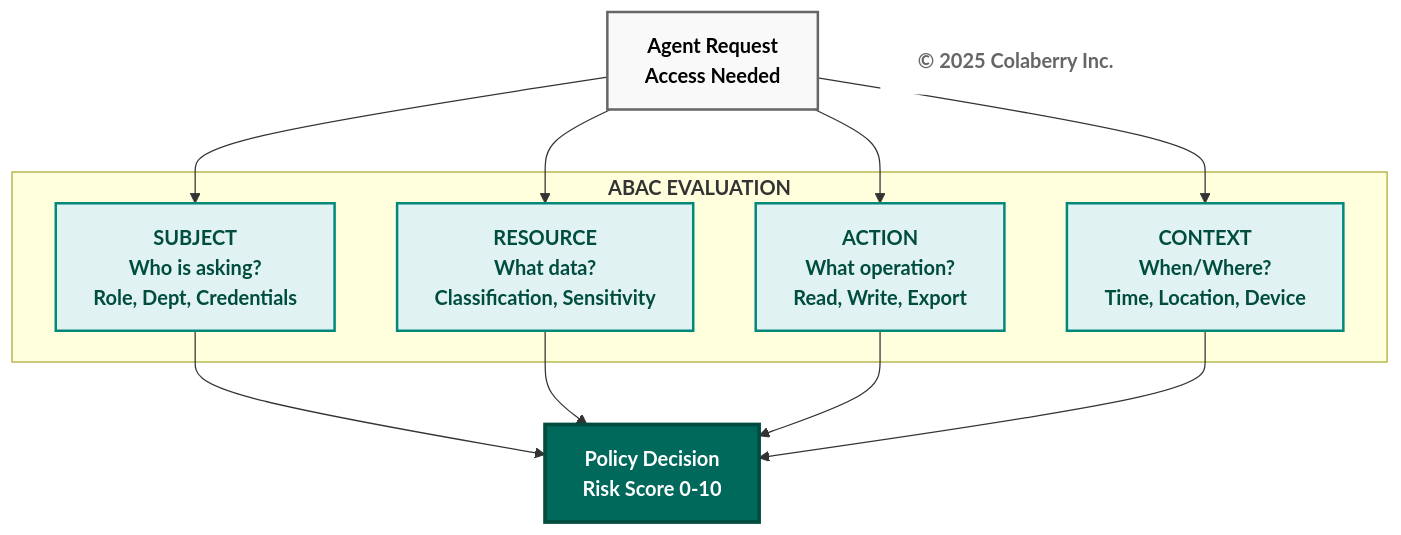
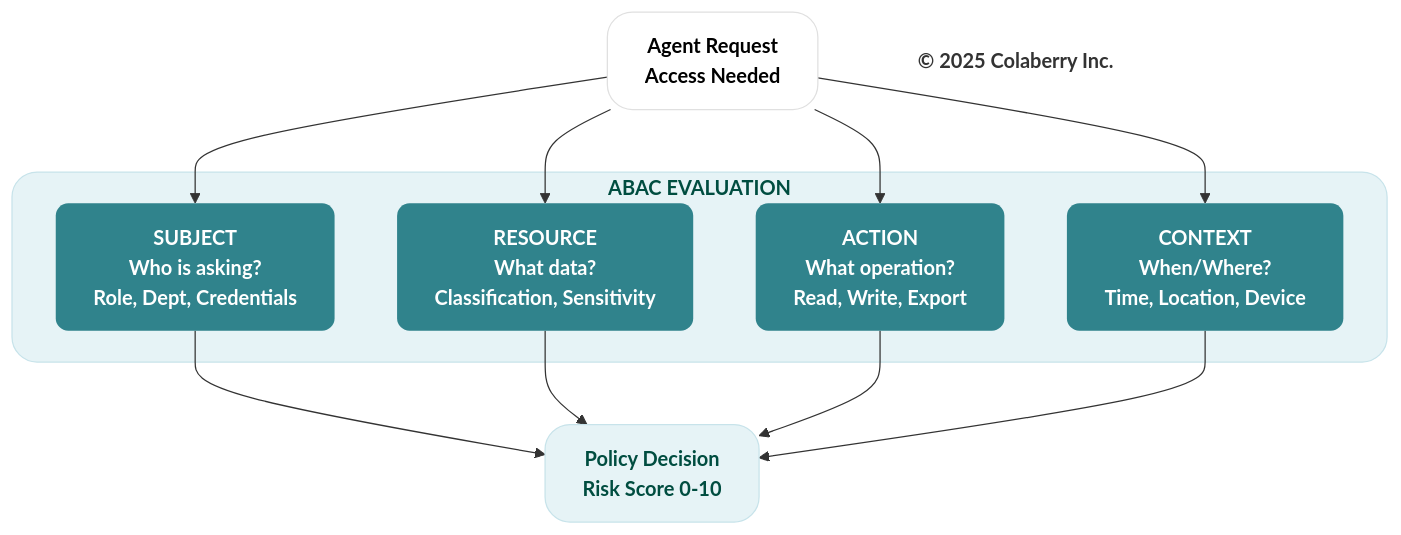
The diagram in mermaid-source/figure-6-5.mmd (saitejesh-cyber/trust-before-intelligence-book), drawn with Mermaid before and after one commit. The commit also changed 219 other files, not shown here.

Commit message:
Reapply PR #5 palette and regenerate smooth-edge figure PNGs

```diff
--- a/mermaid-source/figure-6-5.mmd
+++ b/mermaid-source/figure-6-5.mmd
@@ -1,30 +1,31 @@
 graph TB
     Query["<b>Agent Request</b><br/><b>Access Needed</b>"]
     
-    subgraph "<b>ABAC EVALUATION</b>"
+    subgraph ABAC_EVAL["<b>ABAC EVALUATION</b>"]
         S["<b>SUBJECT</b><br/><b>Who is asking?</b><br/><b>Role, Dept, Credentials</b>"]
         R["<b>RESOURCE</b><br/><b>What data?</b><br/><b>Classification, Sensitivity</b>"]
         A["<b>ACTION</b><br/><b>What operation?</b><br/><b>Read, Write, Export</b>"]
         C["<b>CONTEXT</b><br/><b>When/Where?</b><br/><b>Time, Location, Device</b>"]
     end
     
     Policy["<b>Policy Decision</b><br/><b>Risk Score 0-10</b>"]
     
     Copyright["<b>© 2025 Colaberry Inc.</b>"]
     
     Query --> S
     Query --> R
     Query --> A
     Query --> C
     S --> Policy
     R --> Policy
     A --> Policy
     C --> Policy
     
-    style Query fill:#f9f9f9,stroke:#666666,stroke-width:2px,color:#000000
-    style S fill:#e0f2f1,stroke:#00897b,stroke-width:2px,color:#004d40
-    style R fill:#e0f2f1,stroke:#00897b,stroke-width:2px,color:#004d40
-    style A fill:#e0f2f1,stroke:#00897b,stroke-width:2px,color:#004d40
-    style C fill:#e0f2f1,stroke:#00897b,stroke-width:2px,color:#004d40
-    style Policy fill:#00695c,color:#ffffff,stroke:#004d40,stroke-width:3px
-    style Copyright fill:#ffffff,stroke:none,color:#666666
+    style Query fill:#ffffff,stroke:#e0e0e0,stroke-width:1px,color:#000000,rx:20,ry:20
+    style S fill:#30838C,stroke:none,color:#ffffff,rx:10,ry:10
+    style R fill:#30838C,stroke:none,color:#ffffff,rx:10,ry:10
+    style A fill:#30838C,stroke:none,color:#ffffff,rx:10,ry:10
+    style C fill:#30838C,stroke:none,color:#ffffff,rx:10,ry:10
+    style Policy fill:#e6f3f6,stroke:#c7e3ea,stroke-width:1px,color:#004d40,rx:20,ry:20
+    style ABAC_EVAL fill:#e6f3f6,stroke:#c7e3ea,stroke-width:1px,color:#004d40,rx:20,ry:20
+    style Copyright fill:none,stroke:none,color:#333333
```
